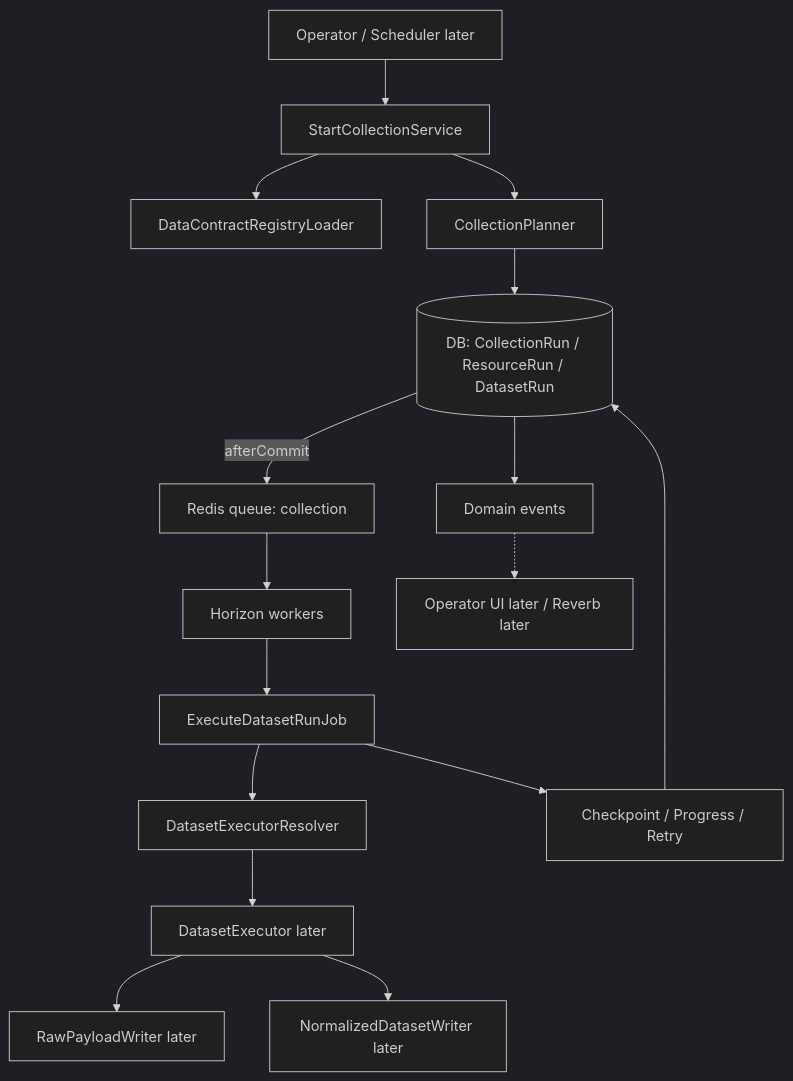
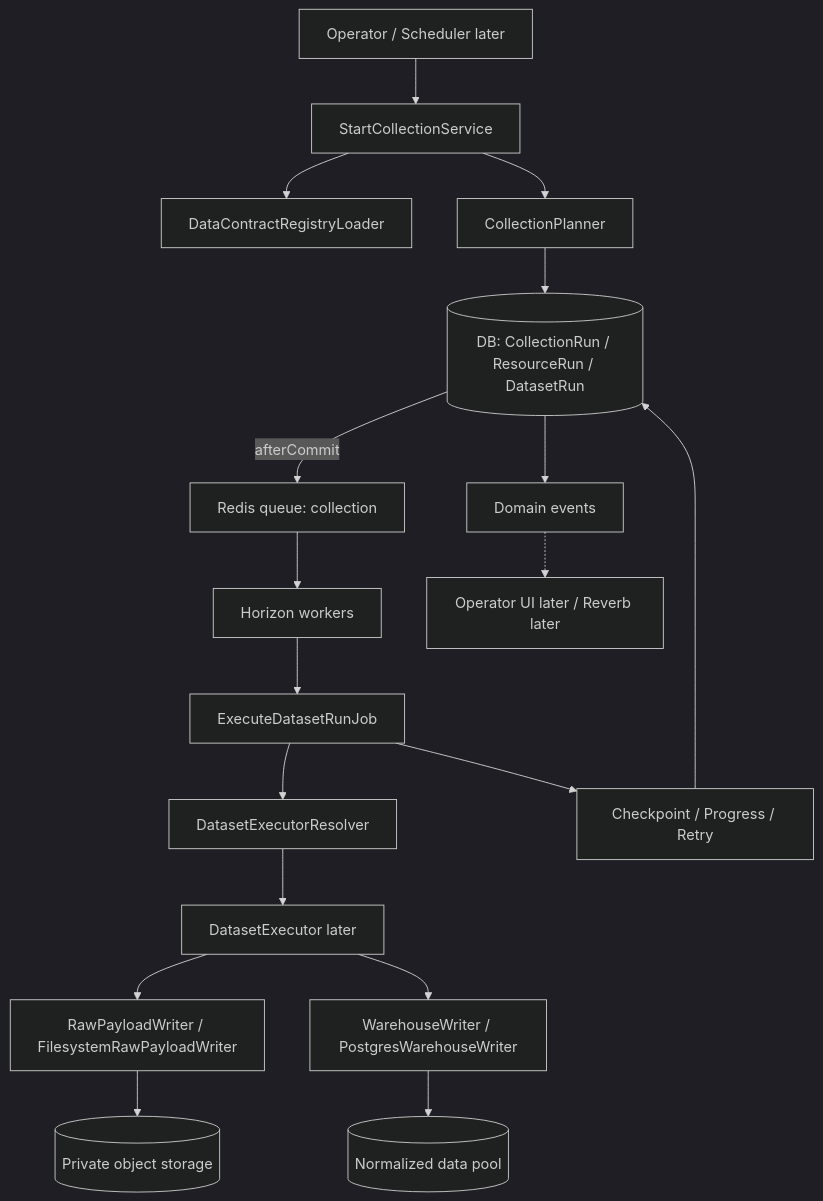
One commit to yakupudul/dijitaloperation changed the diagram in docs/implementation/COLLECTION_ENGINE_ARCHITECTURE.md. Above: the diagram before and after it, drawn with Mermaid (dark theme). The commit also changed other lines of this file and 41 other files, not shown here.

First line of the commit message:
feat: add MoxDOP data pool foundation

````diff
--- a/docs/implementation/COLLECTION_ENGINE_ARCHITECTURE.md
+++ b/docs/implementation/COLLECTION_ENGINE_ARCHITECTURE.md
@@ -58,18 +58,20 @@
 ```mermaid
 flowchart TD
   Op[Operator / Scheduler later] --> Start[StartCollectionService]
   Start --> Reg[DataContractRegistryLoader]
   Start --> Plan[CollectionPlanner]
   Plan --> DB[(DB: CollectionRun / ResourceRun / DatasetRun)]
   DB -->|afterCommit| Q[Redis queue: collection]
   Q --> H[Horizon workers]
   H --> Job[ExecuteDatasetRunJob]
   Job --> Res[DatasetExecutorResolver]
   Res --> Exec[DatasetExecutor later]
-  Exec --> Raw[RawPayloadWriter later]
-  Exec --> Norm[NormalizedDatasetWriter later]
+  Exec --> Raw[RawPayloadWriter / FilesystemRawPayloadWriter]
+  Exec --> Norm[WarehouseWriter / PostgresWarehouseWriter]
   Job --> CP[Checkpoint / Progress / Retry]
   CP --> DB
+  Raw --> Obj[(Private object storage)]
+  Norm --> Pool[(Normalized data pool)]
   DB --> Ev[Domain events]
   Ev -.-> UI[Operator UI later / Reverb later]
 ```
````
